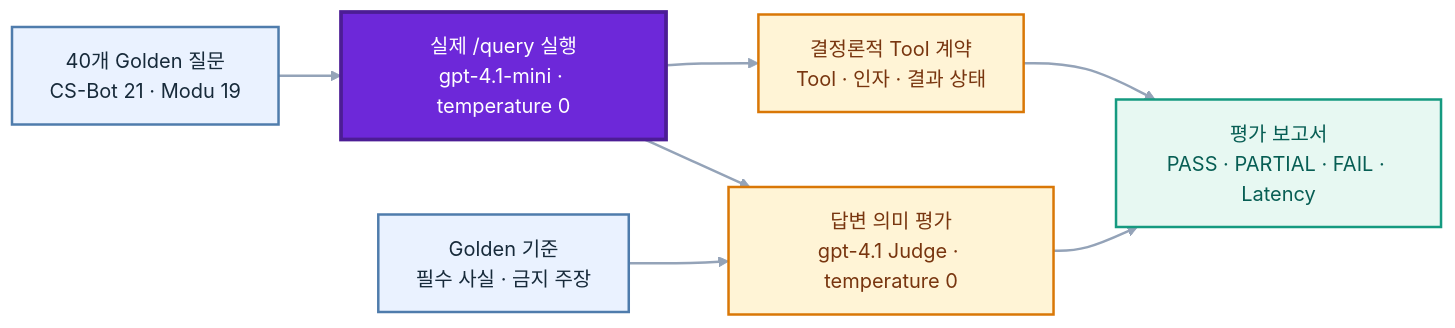
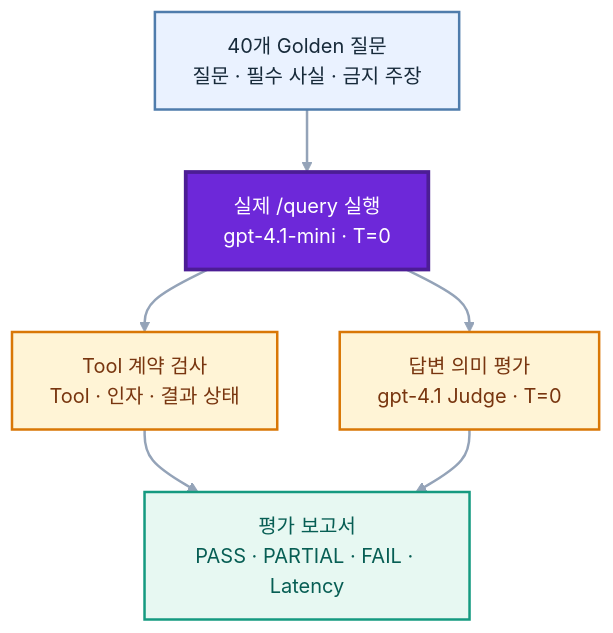
The fourth of 5 diagrams in README.md (SKNETWORKS-FAMILY-AICAMP/SKN30-4th-1Team), drawn with Mermaid (neutral theme) before and after one commit. The commit also changed other lines of this file, not shown here.

Commit message:
docs: simplify README diagrams for readability

````diff
--- a/README.md
+++ b/README.md
@@ -341,27 +266,25 @@
 ```mermaid
-flowchart LR
-    DATA["40개 Golden 질문<br/>CS-Bot 21 · Modu 19"]
-    RUN["실제 /query 실행<br/>gpt-4.1-mini · temperature 0"]
-    CONTRACT["결정론적 Tool 계약<br/>Tool · 인자 · 결과 상태"]
-    JUDGE["답변 의미 평가<br/>gpt-4.1 Judge · temperature 0"]
-    GOLDEN["Golden 기준<br/>필수 사실 · 금지 주장"]
+flowchart TB
+    DATA["40개 Golden 질문<br/>질문 · 필수 사실 · 금지 주장"]
+    RUN["실제 /query 실행<br/>gpt-4.1-mini · T=0"]
+    CONTRACT["Tool 계약 검사<br/>Tool · 인자 · 결과 상태"]
+    JUDGE["답변 의미 평가<br/>gpt-4.1 Judge · T=0"]
     REPORT["평가 보고서<br/>PASS · PARTIAL · FAIL · Latency"]
 
     DATA --> RUN
     RUN --> CONTRACT
     RUN --> JUDGE
-    GOLDEN --> JUDGE
     CONTRACT --> REPORT
     JUDGE --> REPORT
 
     classDef input fill:#EAF2FF,stroke:#4F7CAC,color:#172A3A,stroke-width:2px
     classDef runtime fill:#6D28D9,stroke:#4C1D95,color:#FFFFFF,stroke-width:3px
     classDef verify fill:#FFF4D6,stroke:#D97706,color:#78350F,stroke-width:2px
     classDef output fill:#E7F8F2,stroke:#159A80,color:#075E54,stroke-width:2px
 
-    class DATA,GOLDEN input
+    class DATA input
     class RUN runtime
     class CONTRACT,JUDGE verify
     class REPORT output
     linkStyle default stroke:#94A3B8,stroke-width:2px
 ```
````
